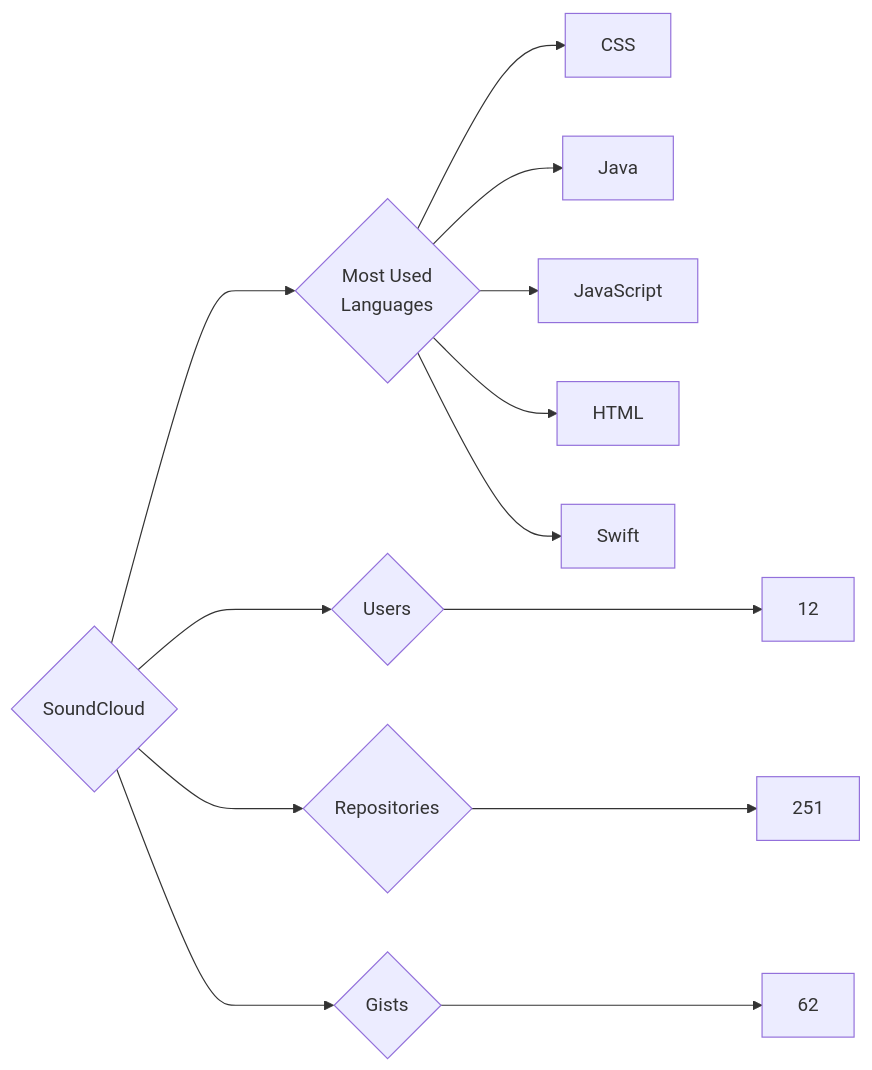
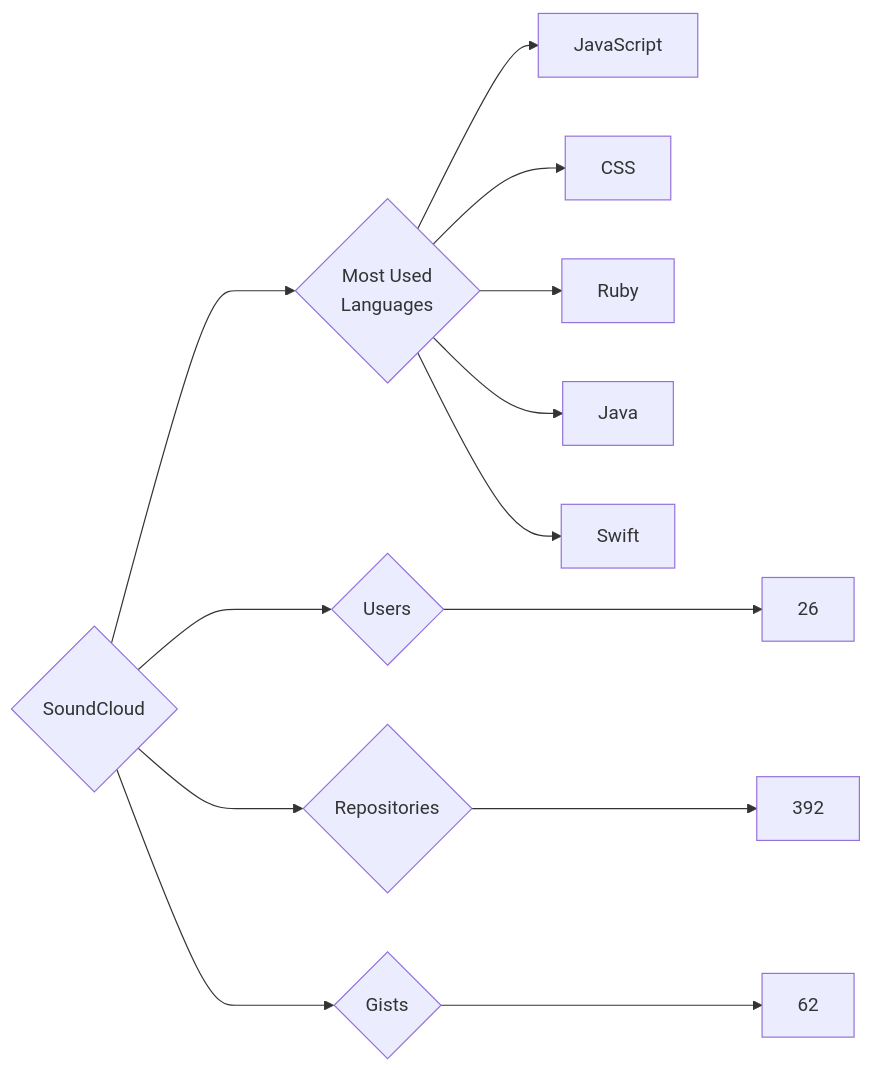
Before and after one commit to trickest/insiders: the diagram in targets/SoundCloud/README.md, drawn with Mermaid. The commit also changed 681 other files, not shown here.

````diff
--- a/targets/SoundCloud/README.md
+++ b/targets/SoundCloud/README.md
@@ -3,13 +3,13 @@
 ```mermaid
 graph LR
 COMPANY_NAME{SoundCloud}
-COMPANY_NAME ---> U{Users} ---> UN[12]
-COMPANY_NAME ---> R{Repositories} ---> RN[251]
+COMPANY_NAME ---> U{Users} ---> UN[26]
+COMPANY_NAME ---> R{Repositories} ---> RN[392]
 COMPANY_NAME ---> G{Gists} ---> GN[62]
 COMPANY_NAME ---> ML{Most Used<br>Languages}
+ML --> JavaScript[JavaScript]
 ML --> CSS[CSS]
+ML --> Ruby[Ruby]
 ML --> Java[Java]
-ML --> JavaScript[JavaScript]
-ML --> HTML[HTML]
 ML --> Swift[Swift]
 ```
````
